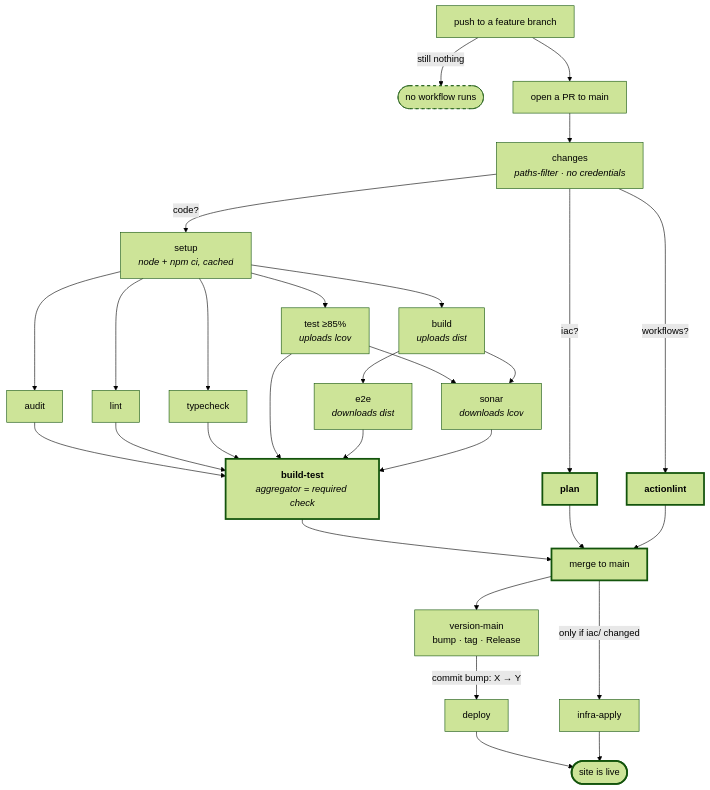
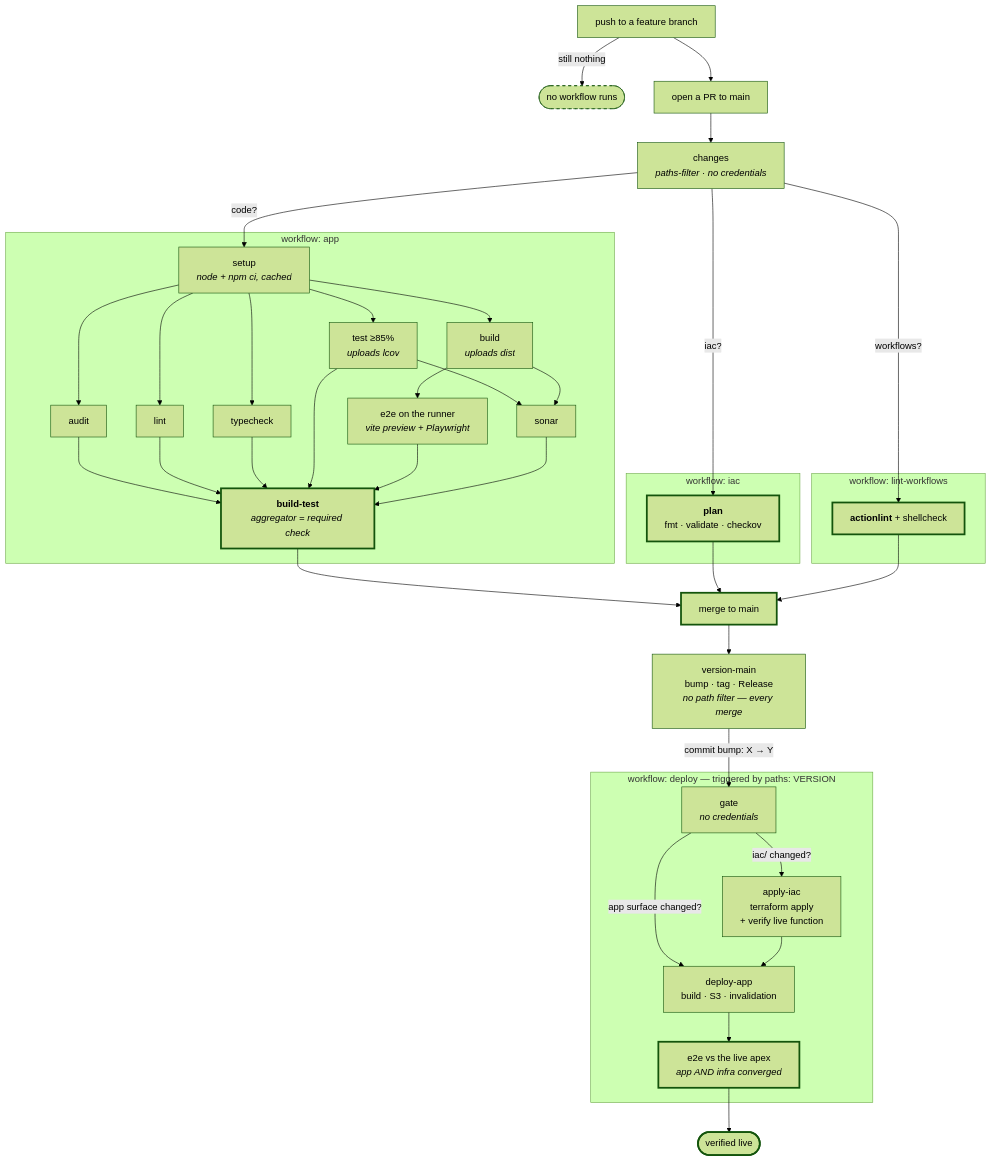
The first of 5 diagrams in .github/workflows/README.md (tedeuxx/tadeumendonca-io), drawn with Mermaid (forest theme) before and after one commit. The commit also changed other lines of this file, not shown here.

First line of the commit message:
docs(ci): redraw the target on the owner's structure — one deploy workflow, ordered jobs

````diff
--- a/.github/workflows/README.md
+++ b/.github/workflows/README.md
@@ -29,45 +33,62 @@
 ```mermaid
 flowchart TD
     A["push to a feature branch"] -->|"still nothing"| A2(["no workflow runs"])
     A --> B["open a PR to main"]
 
     B --> CH["changes<br/><i>paths-filter · no credentials</i>"]
 
-    CH -->|"code?"| IN["setup<br/><i>node + npm ci, cached</i>"]
-    IN --> AU["audit"]
-    IN --> LI["lint"]
-    IN --> TY["typecheck"]
-    IN --> TE["test ≥85%<br/><i>uploads lcov</i>"]
-    IN --> BU["build<br/><i>uploads dist</i>"]
-    BU --> E2["e2e<br/><i>downloads dist</i>"]
-    TE --> SO["sonar<br/><i>downloads lcov</i>"]
-    BU --> SO
+    subgraph appwf["workflow: app"]
+        IN["setup<br/><i>node + npm ci, cached</i>"]
+        IN --> AU["audit"]
+        IN --> LI["lint"]
+        IN --> TY["typecheck"]
+        IN --> TE["test ≥85%<br/><i>uploads lcov</i>"]
+        IN --> BU["build<br/><i>uploads dist</i>"]
+        BU --> E2["e2e on the runner<br/><i>vite preview + Playwright</i>"]
+        TE --> SO["sonar"]
+        BU --> SO
+        AU --> GATE["<b>build-test</b><br/><i>aggregator = required check</i>"]
+        LI --> GATE
+        TY --> GATE
+        TE --> GATE
+        E2 --> GATE
+        SO --> GATE
+    end
 
-    AU --> GATE["<b>build-test</b><br/><i>aggregator = required check</i>"]
-    LI --> GATE
-    TY --> GATE
-    TE --> GATE
-    E2 --> GATE
-    SO --> GATE
+    subgraph iacwf["workflow: iac"]
+        PL["<b>plan</b><br/>fmt · validate · checkov"]
+    end
 
-    CH -->|"iac?"| PL["<b>plan</b>"]
-    CH -->|"workflows?"| AL["<b>actionlint</b>"]
+    subgraph lintwf["workflow: lint-workflows"]
+        AL["<b>actionlint</b> + shellcheck"]
+    end
+
+    CH -->|"code?"| IN
+    CH -->|"iac?"| PL
+    CH -->|"workflows?"| AL
 
     GATE --> M["merge to main"]
     PL --> M
     AL --> M
 
-    M --> VM["version-main<br/>bump · tag · Release"]
-    VM -->|"commit bump: X → Y"| DP["deploy"]
-    M -->|"only if iac/ changed"| IA["infra-apply"]
+    M --> VM["version-main<br/>bump · tag · Release<br/><i>no path filter — every merge</i>"]
 
-    DP --> LIVE(["site is live"])
-    IA --> LIVE
+    subgraph deploywf["workflow: deploy — triggered by paths: VERSION"]
+        DG["gate<br/><i>no credentials</i>"]
+        DG -->|"iac/ changed?"| IA["apply-iac<br/>terraform apply<br/>+ verify live function"]
+        DG -->|"app surface changed?"| DA["deploy-app<br/>build · S3 · invalidation"]
+        IA --> DA
+        DA --> SM["e2e vs the live apex<br/><i>app AND infra converged</i>"]
+    end
+
+    VM -->|"commit bump: X → Y"| DG
+    SM --> LIVE(["verified live"])
 
     style A2 stroke-dasharray: 5 5
     style GATE stroke-width:3px
     style PL stroke-width:3px
     style AL stroke-width:3px
     style M stroke-width:3px
     style LIVE stroke-width:3px
+    style SM stroke-width:3px
 ```
````
